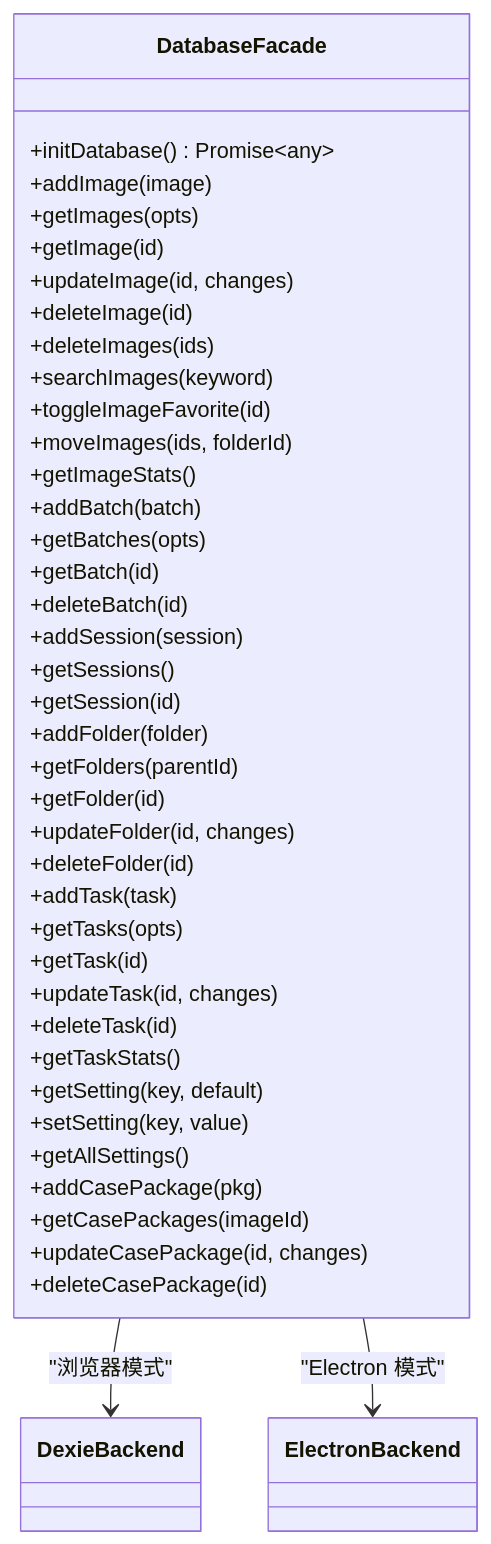
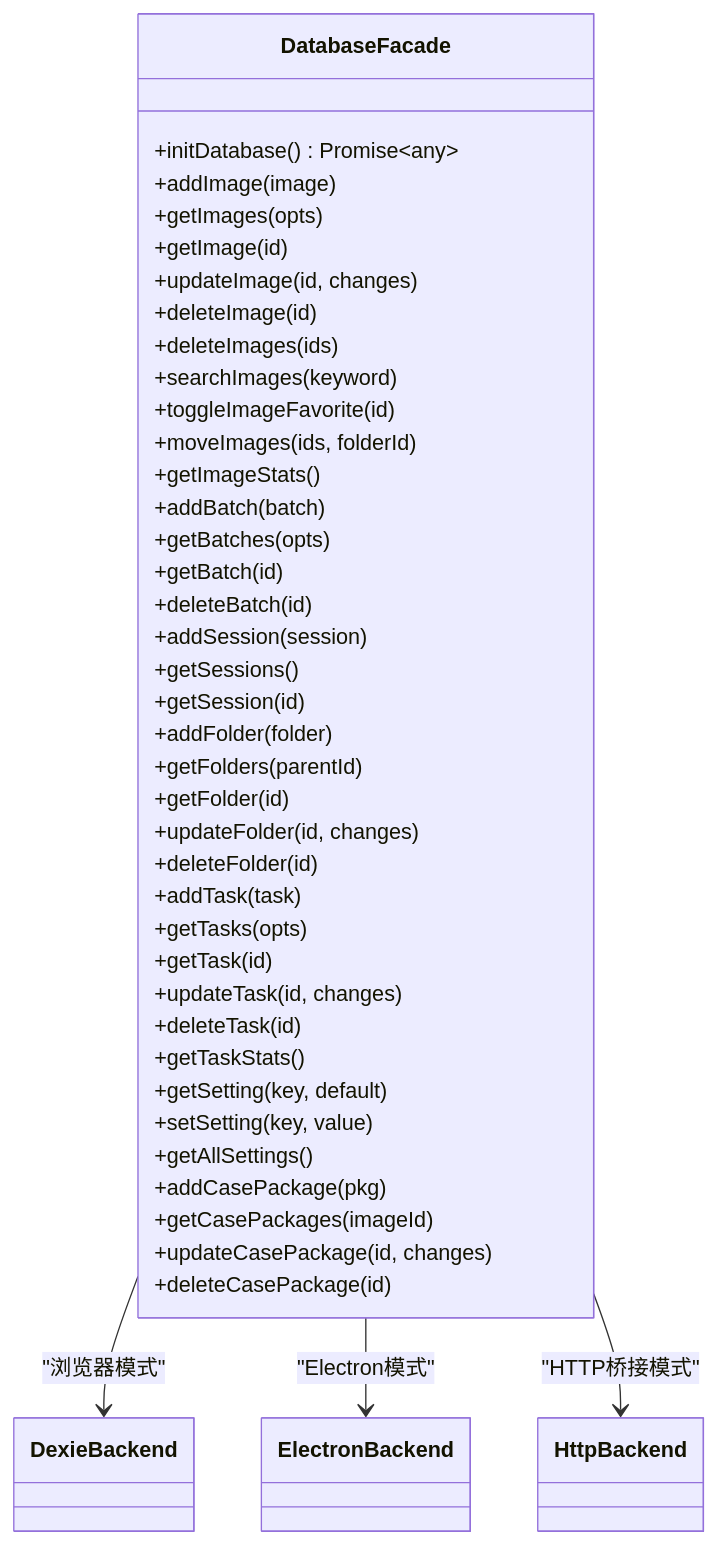
Before and after one commit to AlbusWei/AI-Image-Studio: the third of 8 diagrams in .qoder/repowiki/zh/content/数据库层/策略模式数据库抽象.md, drawn with Mermaid. The commit also changed other lines of this file and 26 other files, not shown here.

First line of the commit message:
fix: 修复 Electron 模式下 Gallery 无法显示图片的 3 个断裂点

````diff
--- a/.qoder/repowiki/zh/content/数据库层/策略模式数据库抽象.md
+++ b/.qoder/repowiki/zh/content/数据库层/策略模式数据库抽象.md
@@ -152,43 +211,44 @@
 ```mermaid
 classDiagram
 class DatabaseFacade {
 +initDatabase() Promise~any~
 +addImage(image)
 +getImages(opts)
 +getImage(id)
 +updateImage(id, changes)
 +deleteImage(id)
 +deleteImages(ids)
 +searchImages(keyword)
 +toggleImageFavorite(id)
 +moveImages(ids, folderId)
 +getImageStats()
 +addBatch(batch)
 +getBatches(opts)
 +getBatch(id)
 +deleteBatch(id)
 +addSession(session)
 +getSessions()
 +getSession(id)
 +addFolder(folder)
 +getFolders(parentId)
 +getFolder(id)
 +updateFolder(id, changes)
 +deleteFolder(id)
 +addTask(task)
 +getTasks(opts)
 +getTask(id)
 +updateTask(id, changes)
 +deleteTask(id)
 +getTaskStats()
 +getSetting(key, default)
 +setSetting(key, value)
 +getAllSettings()
 +addCasePackage(pkg)
 +getCasePackages(imageId)
 +updateCasePackage(id, changes)
 +deleteCasePackage(id)
 }
 DatabaseFacade --> DexieBackend : "浏览器模式"
-DatabaseFacade --> ElectronBackend : "Electron 模式"
+DatabaseFacade --> ElectronBackend : "Electron模式"
+DatabaseFacade --> HttpBackend : "HTTP桥接模式"
 ```
````
